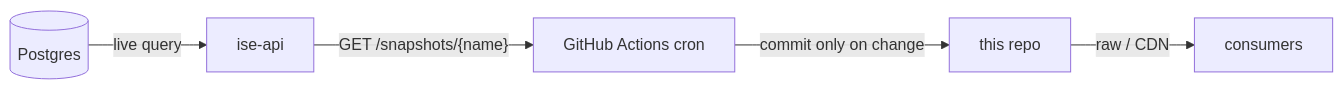
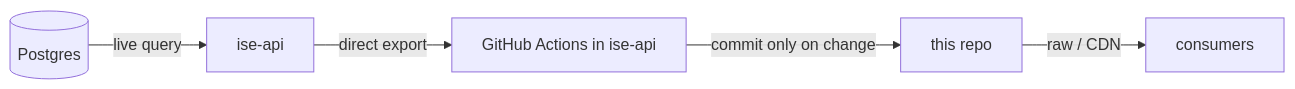
Before and after one commit to pvalyou/ise-data: the diagram in README.md, drawn with Mermaid. The commit also changed other lines of this file and 9 other files, not shown here.

````diff
--- a/README.md
+++ b/README.md
@@ -25,7 +24,7 @@
 ```mermaid
 flowchart LR
   PG[(Postgres)] -->|live query| API[ise-api]
-  API -->|"GET /snapshots/{name}"| Cron[GitHub Actions cron]
+  API -->|direct export| Cron[GitHub Actions in ise-api]
   Cron -->|commit only on change| Repo[this repo]
   Repo -->|raw / CDN| Users[consumers]
 ```
````
